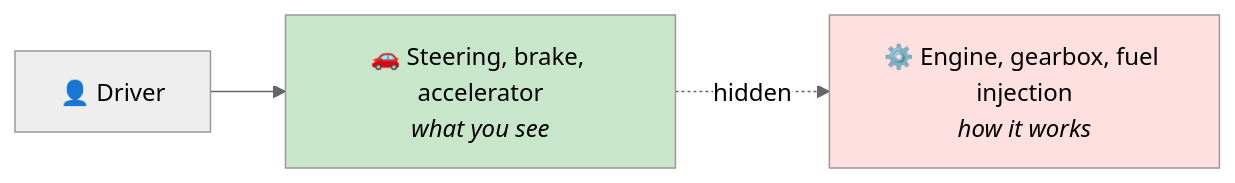
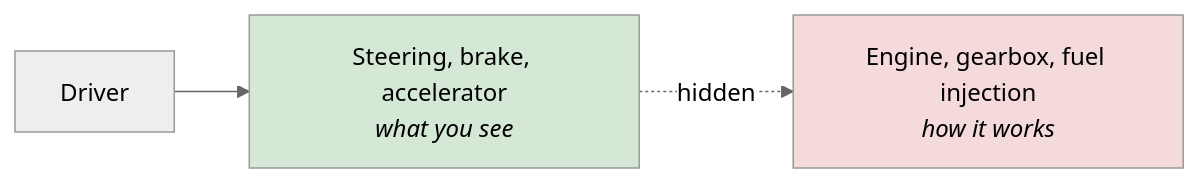
One commit to kundankumarsharma56/Leaning-Java changed the diagram in src/Theory/06-OOPS-Part-2/05-Abstraction.md. Above: the diagram before and after it, drawn with Mermaid (neutral theme). The commit also changed other lines of this file and 84 other files, not shown here.

````diff
--- a/src/Theory/06-OOPS-Part-2/05-Abstraction.md
+++ b/src/Theory/06-OOPS-Part-2/05-Abstraction.md
@@ -21,7 +21,7 @@
 ```mermaid
 flowchart LR
-    U["👤 Driver"] --> I["🚗 Steering, brake, accelerator<br/><i>what you see</i>"]
-    I -.->|hidden| E["⚙️ Engine, gearbox, fuel injection<br/><i>how it works</i>"]
-    style I fill:#c8e6c9
-    style E fill:#ffe0e0
+    U["Driver"] --> I["Steering, brake, accelerator<br/><i>what you see</i>"]
+    I -.->|hidden| E["Engine, gearbox, fuel injection<br/><i>how it works</i>"]
+    style I fill:#d5e8d6
+    style E fill:#f4dada
 ```
````
